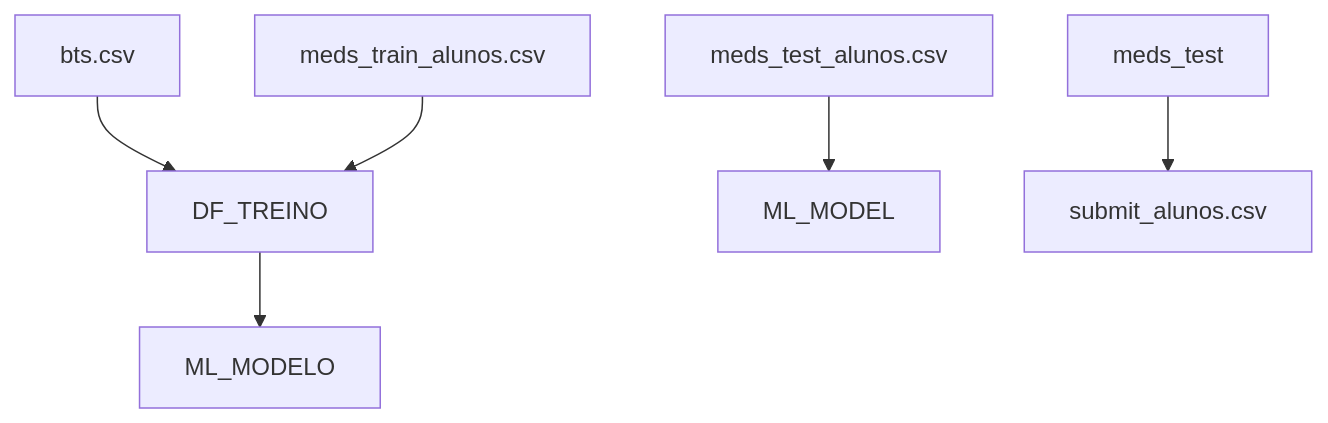
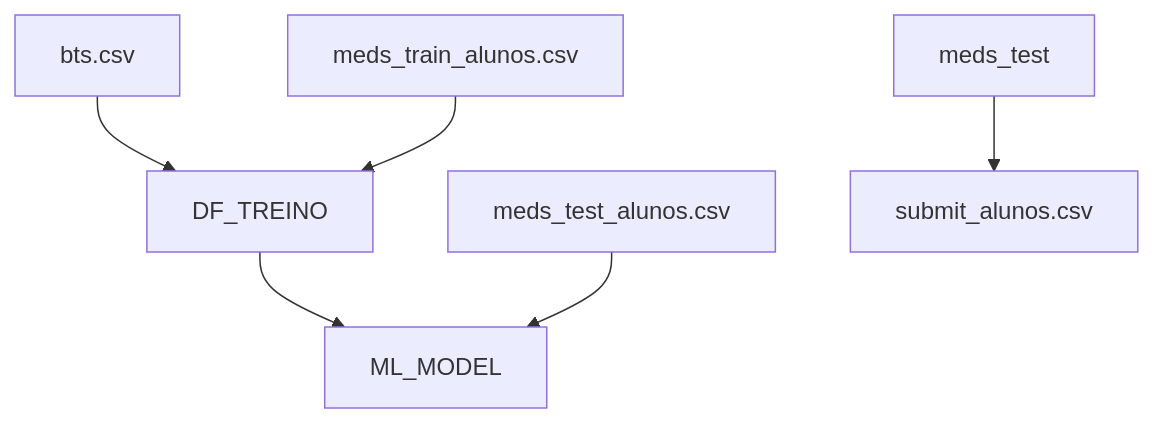
One commit to timotrob/PComLocDados changed the diagram in README.md. Above: the diagram before and after it, drawn with Mermaid.

````diff
--- a/README.md
+++ b/README.md
@@ -89,8 +89,8 @@
 ```mermaid
 graph TD;
     bts.csv-->DF_TREINO;
      meds_train_alunos.csv-->DF_TREINO;
-     DF_TREINO-->ML_MODELO;
+     DF_TREINO-->ML_MODEL;
      meds_test_alunos.csv-->ML_MODEL;
     meds_test-->submit_alunos.csv;
 ```
````
